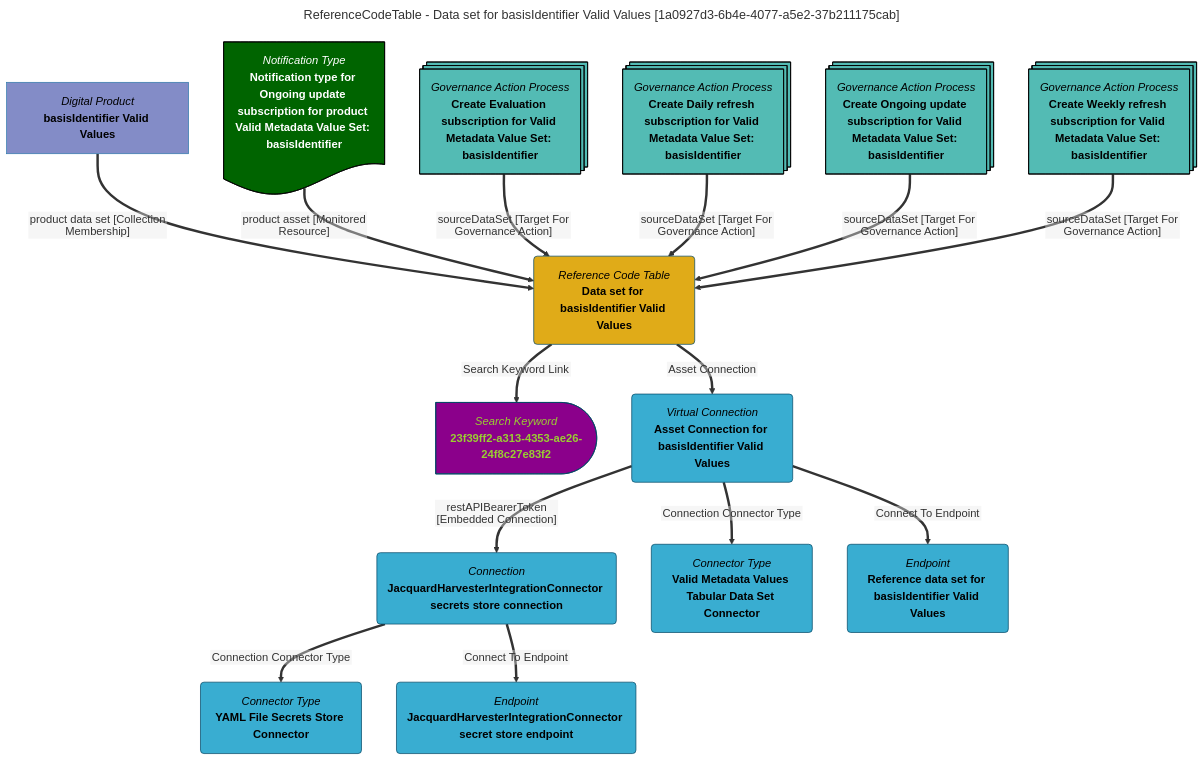
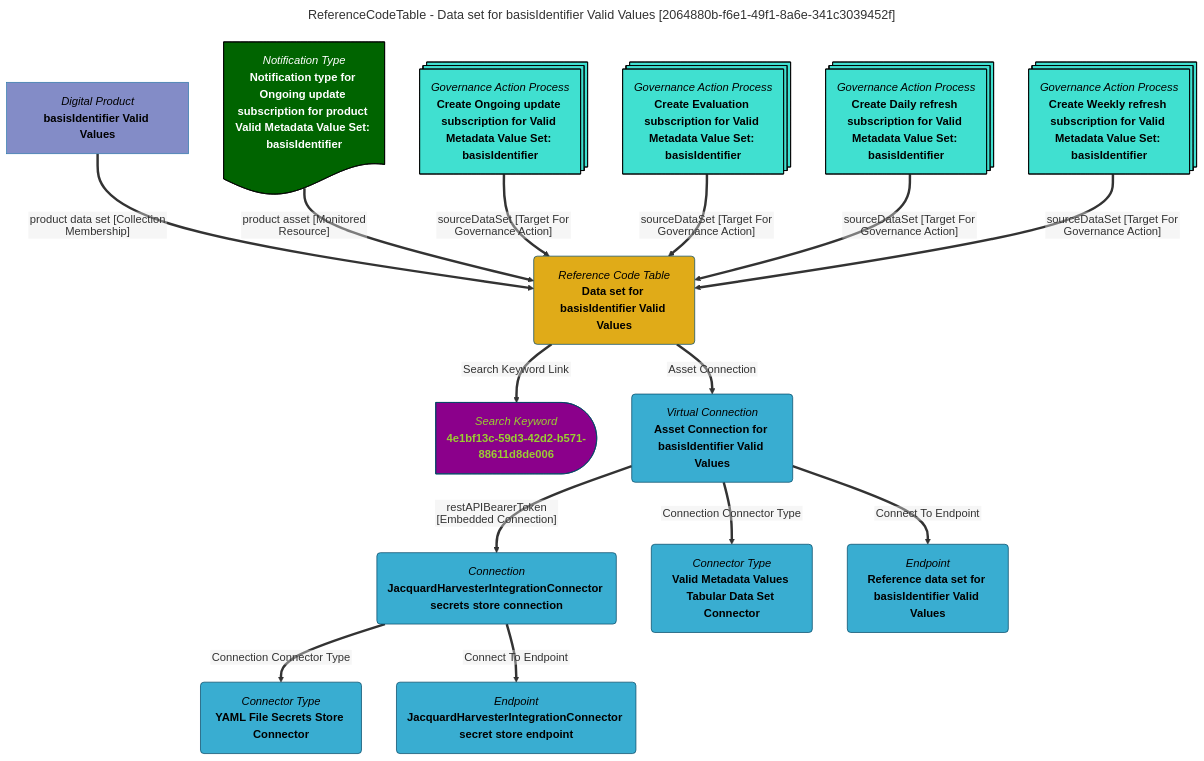
Before and after one commit to odpi/egeria-docs: the diagram in site/snippets/data-assets/data-set-for-basisidentifier-valid-values-mermaid-graph.md, drawn with Mermaid. The commit also changed 2201 other files, not shown here.

````diff
--- a/site/snippets/data-assets/data-set-for-basisidentifier-valid-values-mermaid-graph.md
+++ b/site/snippets/data-assets/data-set-for-basisidentifier-valid-values-mermaid-graph.md
@@ -1,63 +1,63 @@
 ```mermaid
 ---
-title: ReferenceCodeTable - Data set for basisIdentifier Valid Values [1a0927d3-6b4e-4077-a5e2-37b211175cab]
+title: ReferenceCodeTable - Data set for basisIdentifier Valid Values [2064880b-f6e1-49f1-8a6e-341c3039452f]
 ---
 flowchart TD
 %%{init: {"flowchart": {"htmlLabels": false}} }%%
 
 1@{ shape: rounded, label: "*Reference Code Table*
 **Data set for basisIdentifier Valid Values**"}
 2@{ shape: delay, label: "*Search Keyword*
-**23f39ff2-a313-4353-ae26-24f8c27e83f2**"}
+**4e1bf13c-59d3-42d2-b571-88611d8de006**"}
 1==>|"Search Keyword Link"|2
 3@{ shape: rect, label: "*Digital Product*
 **basisIdentifier Valid Values**"}
 3==>|"product data set [Collection Membership]"|1
 4@{ shape: rounded, label: "*Virtual Connection*
 **Asset Connection for basisIdentifier Valid Values**"}
 1==>|"Asset Connection"|4
 5@{ shape: rounded, label: "*Connection*
 **JacquardHarvesterIntegrationConnector secrets store connection**"}
 4==>|"restAPIBearerToken [Embedded Connection]"|5
 6@{ shape: rounded, label: "*Connector Type*
 **YAML File Secrets Store Connector**"}
 5==>|"Connection Connector Type"|6
 7@{ shape: rounded, label: "*Endpoint*
 **JacquardHarvesterIntegrationConnector secret store endpoint**"}
 5==>|"Connect To Endpoint"|7
 8@{ shape: rounded, label: "*Connector Type*
 **Valid Metadata Values Tabular Data Set Connector**"}
 4==>|"Connection Connector Type"|8
 9@{ shape: rounded, label: "*Endpoint*
 **Reference data set for basisIdentifier Valid Values**"}
 4==>|"Connect To Endpoint"|9
 10@{ shape: doc, label: "*Notification Type*
 **Notification type for Ongoing update subscription for product Valid Metadata Value Set: basisIdentifier**"}
 10==>|"product asset [Monitored Resource]"|1
 11@{ shape: processes, label: "*Governance Action Process*
-**Create Evaluation subscription for Valid Metadata Value Set: basisIdentifier**"}
+**Create Ongoing update subscription for Valid Metadata Value Set: basisIdentifier**"}
 11==>|"sourceDataSet [Target For Governance Action]"|1
 12@{ shape: processes, label: "*Governance Action Process*
-**Create Daily refresh subscription for Valid Metadata Value Set: basisIdentifier**"}
+**Create Evaluation subscription for Valid Metadata Value Set: basisIdentifier**"}
 12==>|"sourceDataSet [Target For Governance Action]"|1
 13@{ shape: processes, label: "*Governance Action Process*
-**Create Ongoing update subscription for Valid Metadata Value Set: basisIdentifier**"}
+**Create Daily refresh subscription for Valid Metadata Value Set: basisIdentifier**"}
 13==>|"sourceDataSet [Target For Governance Action]"|1
 14@{ shape: processes, label: "*Governance Action Process*
 **Create Weekly refresh subscription for Valid Metadata Value Set: basisIdentifier**"}
 14==>|"sourceDataSet [Target For Governance Action]"|1
-style 11 color:#000000, fill:#53bbb4, stroke:#000000
-style 12 color:#000000, fill:#53bbb4, stroke:#000000
-style 13 color:#000000, fill:#53bbb4, stroke:#000000
-style 14 color:#000000, fill:#53bbb4, stroke:#000000
+style 11 color:#000000, fill:#40E0D0, stroke:#000000
+style 12 color:#000000, fill:#40E0D0, stroke:#000000
+style 13 color:#000000, fill:#40E0D0, stroke:#000000
+style 14 color:#000000, fill:#40E0D0, stroke:#000000
 style 1 color:#000000, fill:#e0ab18, stroke:#004563
-style 2 color:#9acd32, fill:#8b008b, stroke:#004563
+style 2 color:#9ACD32, fill:#8B008B, stroke:#004563
 style 3 color:#000000, fill:#838cc7, stroke:#3079ab
 style 4 color:#000000, fill:#39add1, stroke:#004563
 style 5 color:#000000, fill:#39add1, stroke:#004563
 style 6 color:#000000, fill:#39add1, stroke:#004563
 style 7 color:#000000, fill:#39add1, stroke:#004563
 style 8 color:#000000, fill:#39add1, stroke:#004563
 style 9 color:#000000, fill:#39add1, stroke:#004563
 style 10 color:#FFFFFF, fill:#006400, stroke:#000000
 ```
````
